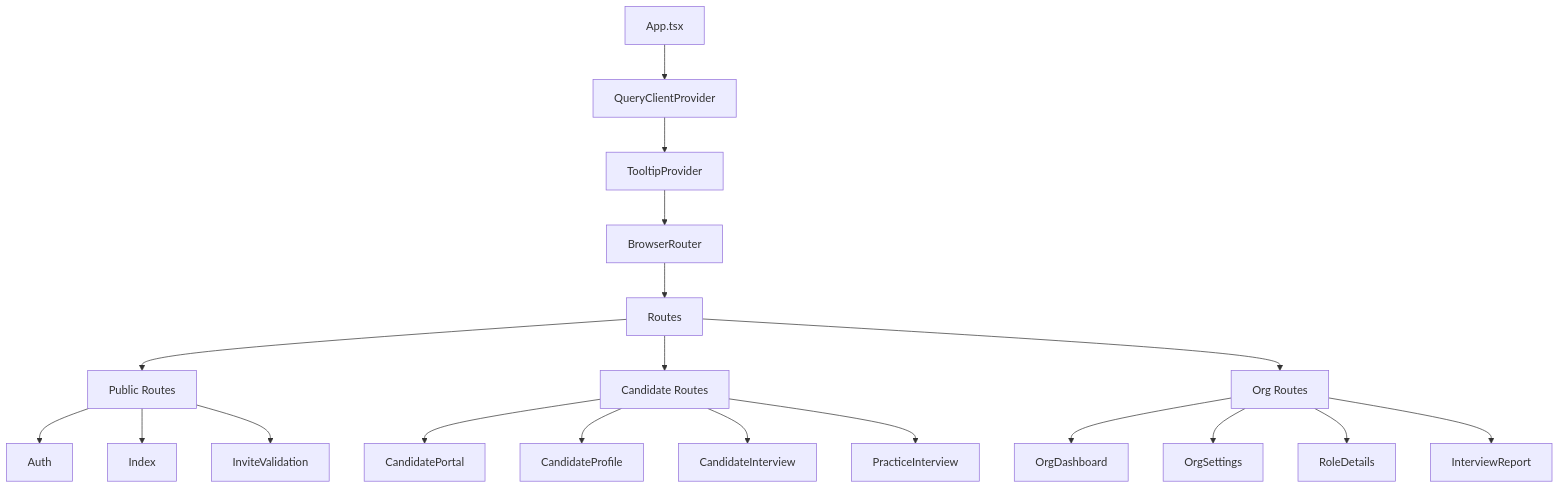
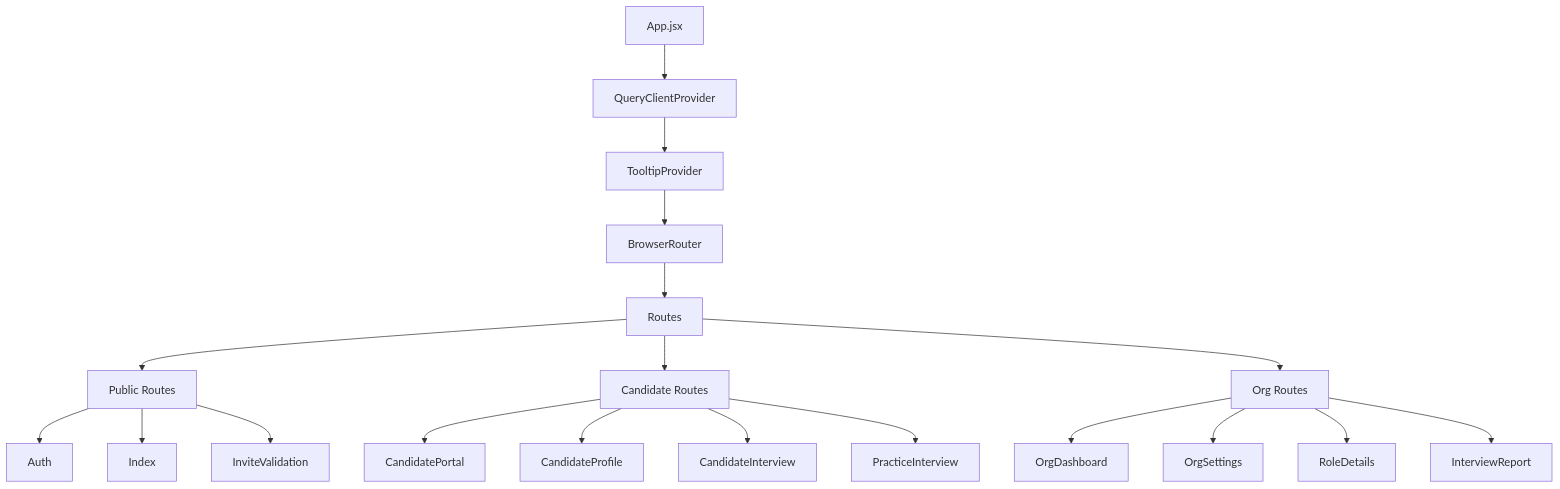
Before and after one commit to dcava30/Talenti_MVP: the first of 3 diagrams in documentation/FRONTEND_GUIDE.md, drawn with Mermaid. The commit also changed other lines of this file and 15 other files, not shown here.

````diff
--- a/documentation/FRONTEND_GUIDE.md
+++ b/documentation/FRONTEND_GUIDE.md
@@ -30,25 +30,25 @@
 ```mermaid
 graph TD
-    A[App.tsx] --> B[QueryClientProvider]
+    A[App.jsx] --> B[QueryClientProvider]
     B --> C[TooltipProvider]
     C --> D[BrowserRouter]
     D --> E[Routes]
     
     E --> F[Public Routes]
     E --> G[Candidate Routes]
     E --> H[Org Routes]
     
     F --> F1[Auth]
     F --> F2[Index]
     F --> F3[InviteValidation]
     
     G --> G1[CandidatePortal]
     G --> G2[CandidateProfile]
     G --> G3[CandidateInterview]
     G --> G4[PracticeInterview]
     
     H --> H1[OrgDashboard]
     H --> H2[OrgSettings]
     H --> H3[RoleDetails]
     H --> H4[InterviewReport]
 ```
````
